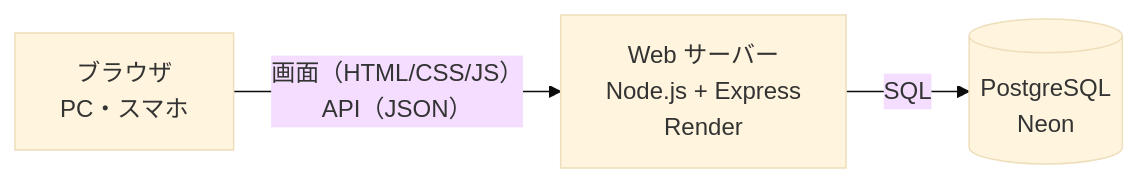
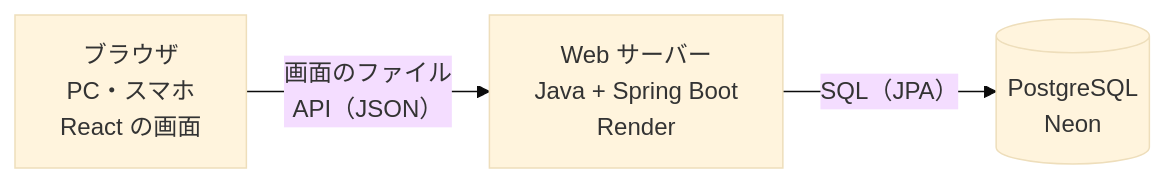
One commit to kaitofujitani/tasukumanezimennto changed the diagram in docs/tech-stack.md. Above: the diagram before and after it, drawn with Mermaid (base theme). The commit also changed other lines of this file and 5 other files, not shown here.

Commit message:
技術スタックを Java + Spring Boot・React・PostgreSQL に変更して資料を更新し、画面設計書をもとにした画面のモックを追加

````diff
--- a/docs/tech-stack.md
+++ b/docs/tech-stack.md
@@ -22,5 +34,5 @@
 ```mermaid
 flowchart LR
-  B[ブラウザ<br>PC・スマホ] -- "画面（HTML/CSS/JS）<br>API（JSON）" --> S[Web サーバー<br>Node.js + Express<br>Render]
-  S -- SQL --> D[(PostgreSQL<br>Neon)]
+  B[ブラウザ<br>PC・スマホ<br>React の画面] -- "画面のファイル<br>API（JSON）" --> S[Web サーバー<br>Java + Spring Boot<br>Render]
+  S -- "SQL（JPA）" --> D[(PostgreSQL<br>Neon)]
 ```
````
